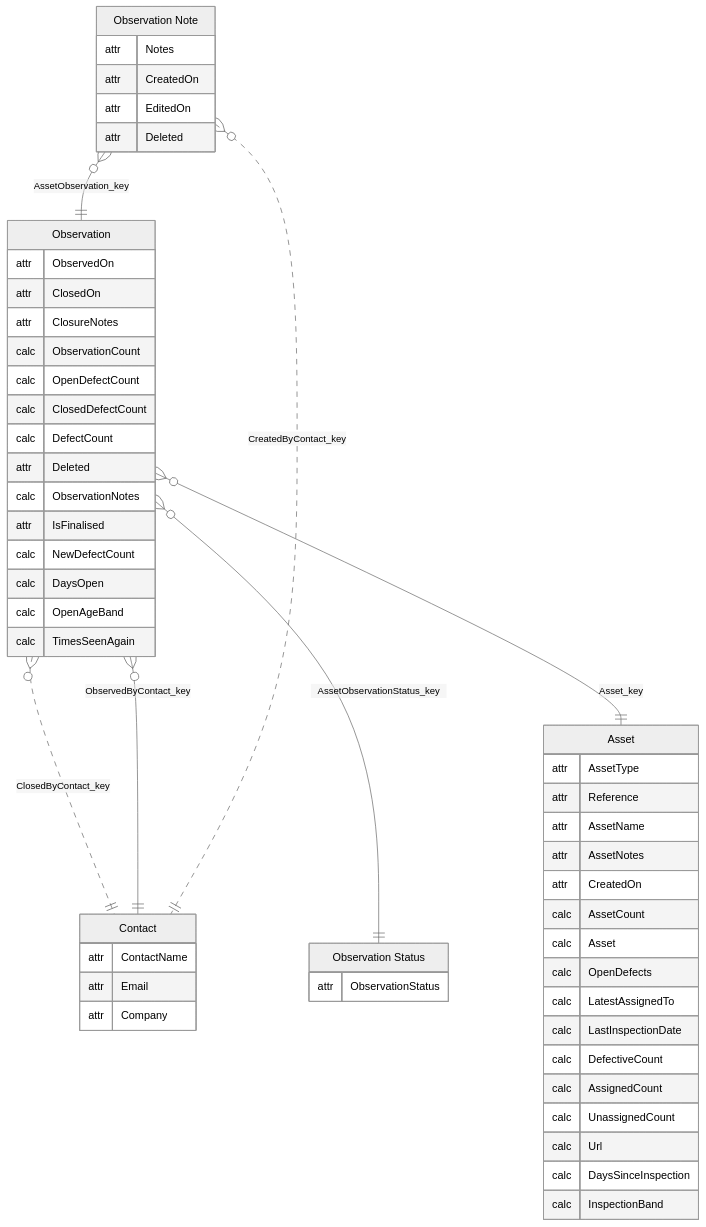
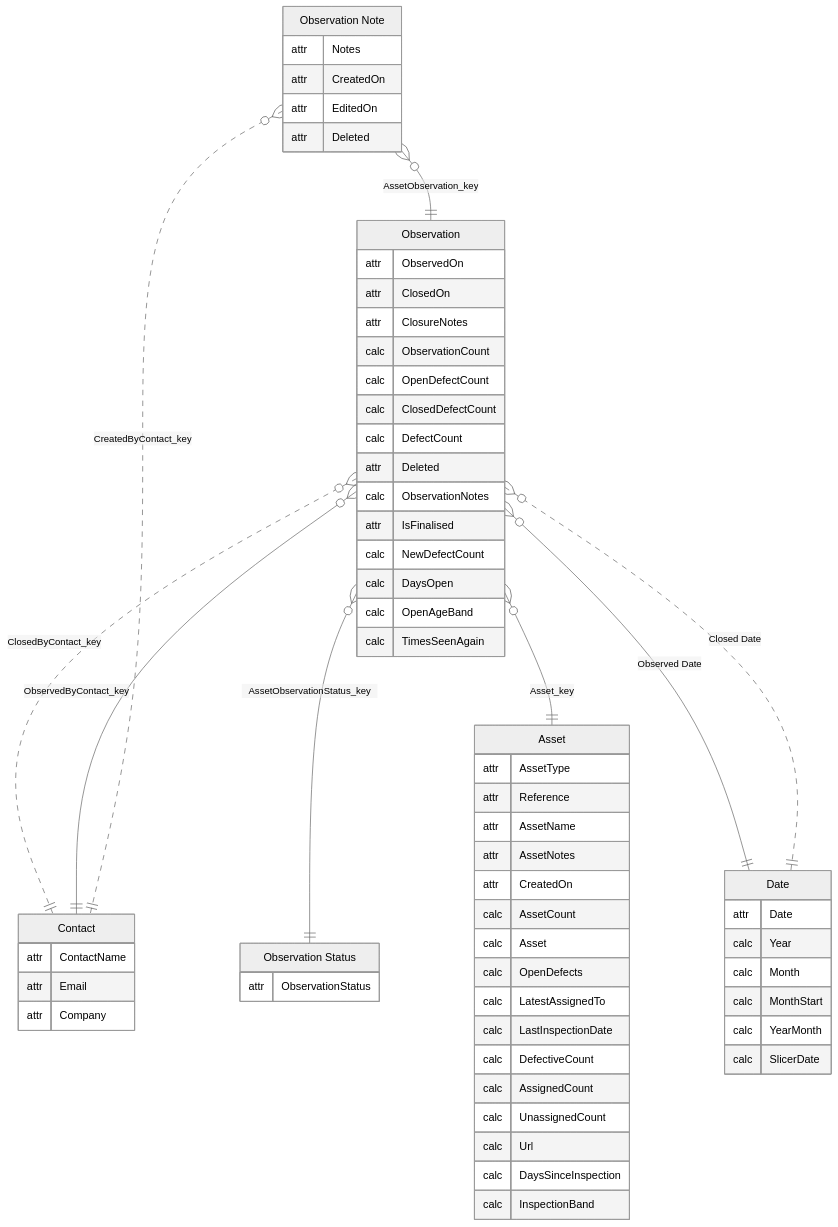
One commit to work-wallet/BIClient changed the fifth of 16 diagrams in PowerBISamplesModels/Assets.md. Above: the diagram before and after it, drawn with Mermaid. The commit also changed other lines of this file and 17 other files, not shown here.

````diff
--- a/PowerBISamplesModels/Assets.md
+++ b/PowerBISamplesModels/Assets.md
@@ -207,61 +216,71 @@
 ```mermaid
 ---
 config:
   theme: neutral
 ---
 erDiagram
     "Asset" {
         attr AssetType
         attr Reference
         attr AssetName
         attr AssetNotes
         attr CreatedOn
         calc AssetCount
         calc Asset
         calc OpenDefects
         calc LatestAssignedTo
         calc LastInspectionDate
         calc DefectiveCount
         calc AssignedCount
         calc UnassignedCount
         calc Url
         calc DaysSinceInspection
         calc InspectionBand
     }
     "Observation" {
         attr ObservedOn
         attr ClosedOn
         attr ClosureNotes
         calc ObservationCount
         calc OpenDefectCount
         calc ClosedDefectCount
         calc DefectCount
         attr Deleted
         calc ObservationNotes
         attr IsFinalised
         calc NewDefectCount
         calc DaysOpen
         calc OpenAgeBand
         calc TimesSeenAgain
     }
     "Observation Status" {
         attr ObservationStatus
     }
     "Observation Note" {
         attr Notes
         attr CreatedOn
         attr EditedOn
         attr Deleted
     }
     "Contact" {
         attr ContactName
         attr Email
         attr Company
     }
+    "Date" {
+        attr Date
+        calc Year
+        calc Month
+        calc MonthStart
+        calc YearMonth
+        calc SlicerDate
+    }
     "Observation" }o--|| "Observation Status" : "AssetObservationStatus_key"
     "Observation" }o--|| "Asset" : "Asset_key"
     "Observation" }o..|| "Contact" : "ClosedByContact_key"
     "Observation" }o--|| "Contact" : "ObservedByContact_key"
     "Observation Note" }o..|| "Contact" : "CreatedByContact_key"
     "Observation Note" }o--|| "Observation" : "AssetObservation_key"
+    "Observation" }o--|| "Date" : "Observed Date"
+    "Observation" }o..|| "Date" : "Closed Date"
 ```
````
